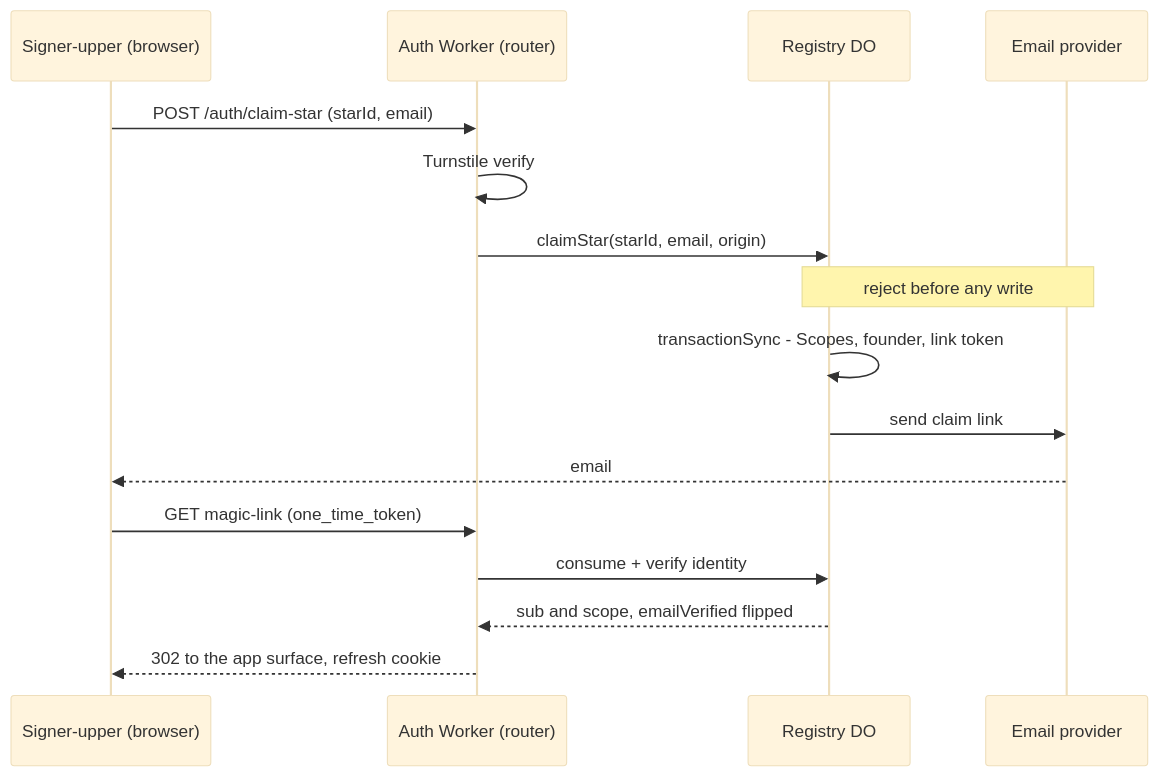
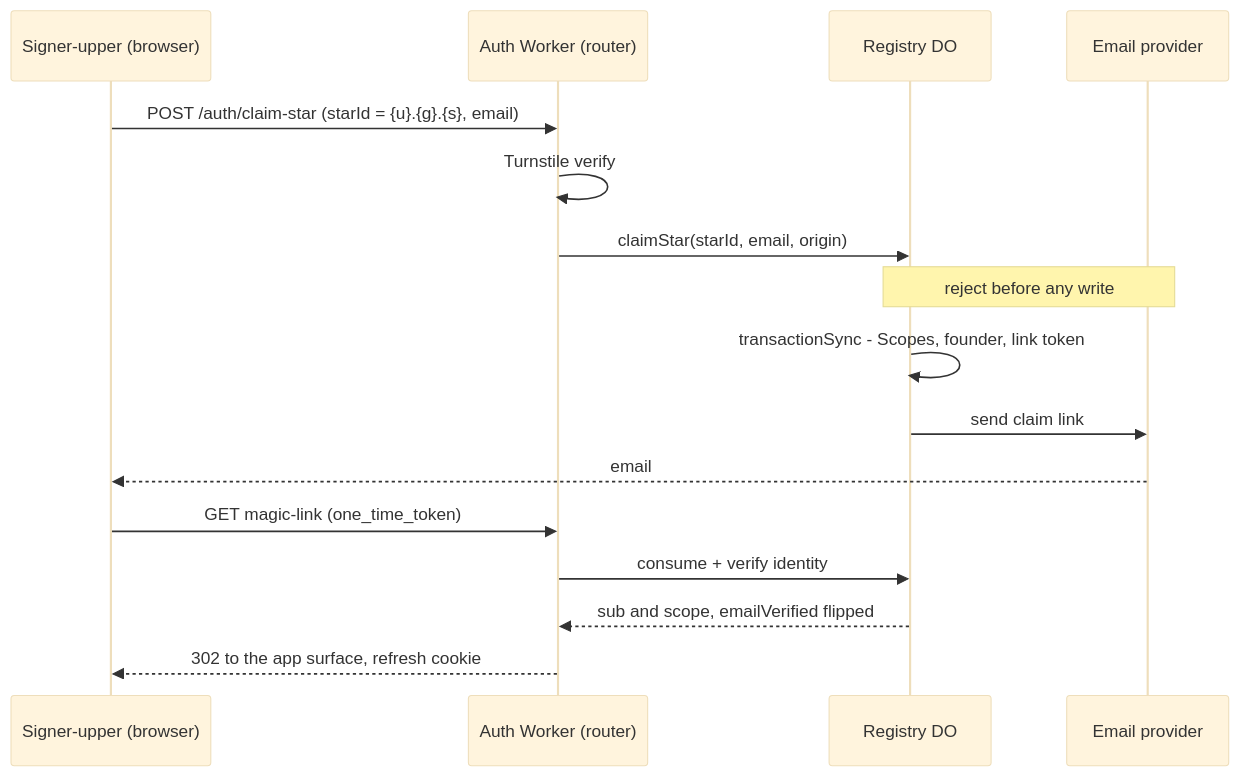
The diagram in tasks/nebula-star-founder-provisioning.md (lumenize/lumenize), drawn with Mermaid (base theme) before and after one commit.

Commit message:
docs(star-founder): state the starId form ({u}.{g}.{s}) in the diagram
starId is the full universeGalaxyStarId, same shape createStar takes — and its
form is load-bearing (the registry derives the parent galaxy {u}.{g} from it for
the exists-check and treats the last segment {s} as the slug), but was left for
the reader to infer. Named it in the first POST message where the input appears.

````diff
--- a/tasks/nebula-star-founder-provisioning.md
+++ b/tasks/nebula-star-founder-provisioning.md
@@ -43,18 +43,18 @@
 ```mermaid
 sequenceDiagram
     participant U as Signer-upper (browser)
     participant W as Auth Worker (router)
     participant R as Registry DO
     participant M as Email provider
-    U->>W: POST /auth/claim-star (starId, email)
+    U->>W: POST /auth/claim-star (starId = {u}.{g}.{s}, email)
     W->>W: Turnstile verify
     W->>R: claimStar(starId, email, origin)
     Note over R,M: reject before any write
     R->>R: transactionSync - Scopes, founder, link token
     R->>M: send claim link
     M-->>U: email
     U->>W: GET magic-link (one_time_token)
     W->>R: consume + verify identity
     R-->>W: sub and scope, emailVerified flipped
     W-->>U: 302 to the app surface, refresh cookie
 ```
````
